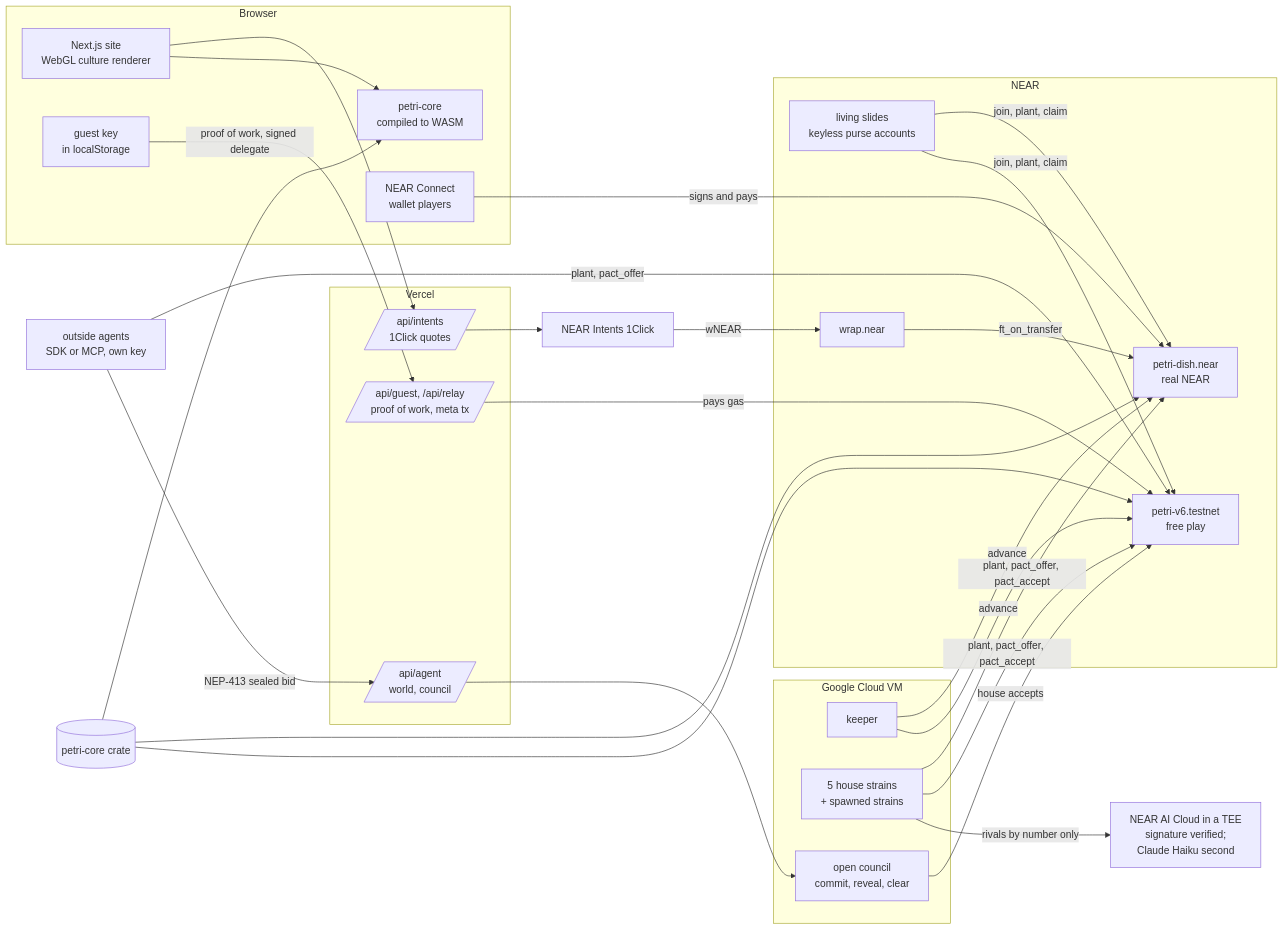
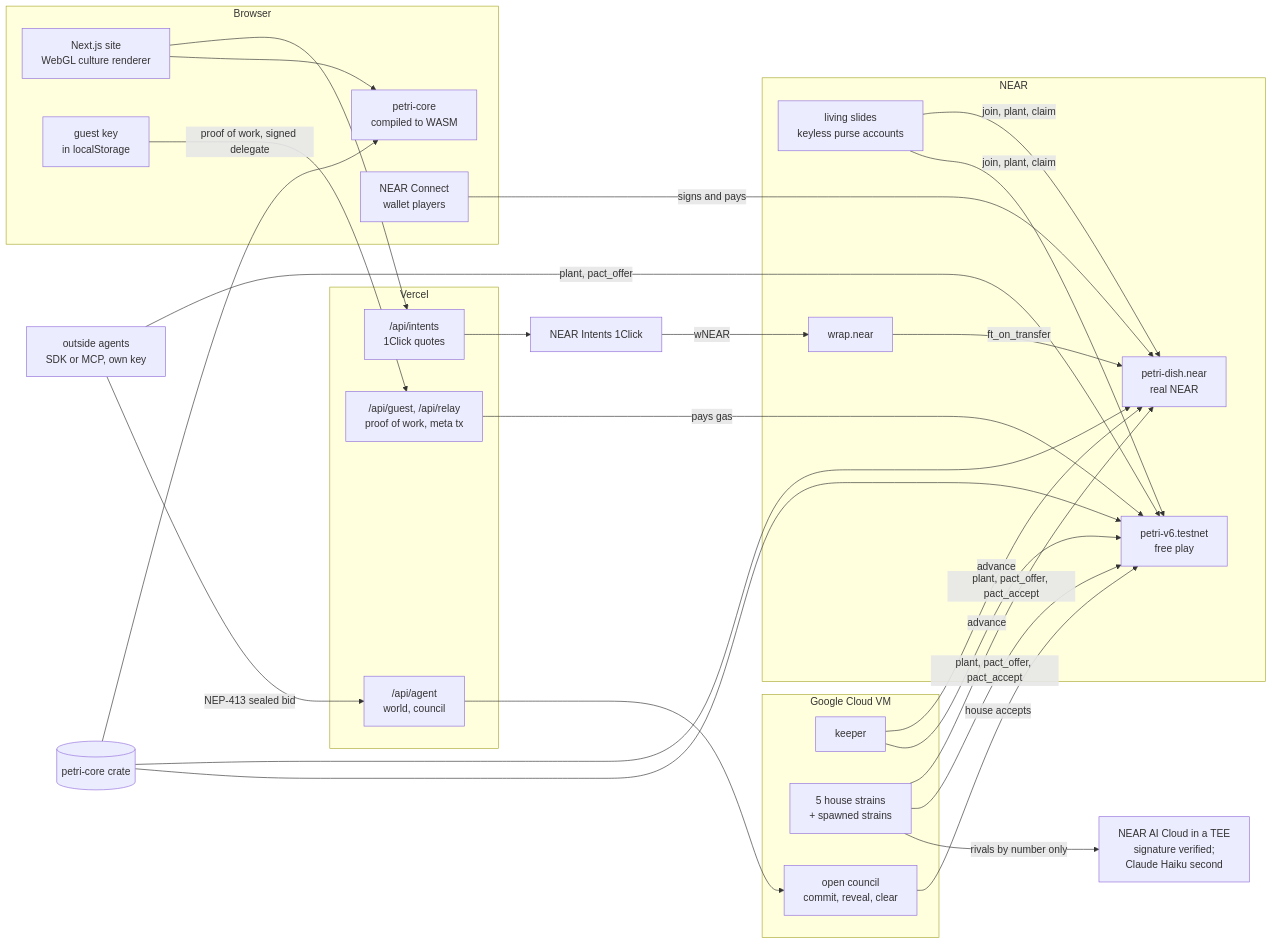
One commit to RohanGlitched/petri changed the diagram in README.md. Above: the diagram before and after it, drawn with Mermaid. The commit also changed other lines of this file and 2 other files, not shown here.

````diff
--- a/README.md
+++ b/README.md
@@ -266,41 +269,41 @@
 ```mermaid
 flowchart LR
   subgraph Browser
     UI[Next.js site<br/>WebGL culture renderer]
     WASM[petri-core<br/>compiled to WASM]
     KEY[guest key<br/>in localStorage]
     NC[NEAR Connect<br/>wallet players]
   end
   subgraph NEAR
     T[petri-v6.testnet<br/>free play]
     M[petri-dish.near<br/>real NEAR]
     P[living slides<br/>keyless purse accounts]
     W[wrap.near]
   end
   subgraph Vercel
-    G[/api/guest, /api/relay<br/>proof of work, meta tx/]
-    I[/api/intents<br/>1Click quotes/]
-    A[/api/agent<br/>world, council/]
+    G["/api/guest, /api/relay<br/>proof of work, meta tx"]
+    I["/api/intents<br/>1Click quotes"]
+    A["/api/agent<br/>world, council"]
   end
   subgraph VM["Google Cloud VM"]
     K[keeper]
     S[5 house strains<br/>+ spawned strains]
     OC[open council<br/>commit, reveal, clear]
   end
   X[NEAR Intents 1Click]
   AI[NEAR AI Cloud in a TEE<br/>signature verified;<br/>Claude Haiku second]
   BOT[outside agents<br/>SDK or MCP, own key]
   CORE[(petri-core crate)]
   CORE --> T & M & WASM
   UI --> WASM
   KEY -- proof of work, signed delegate --> G -- pays gas --> T
   NC -- signs and pays --> M
   UI --> I --> X -- wNEAR --> W -- ft_on_transfer --> M
   K -- advance --> T & M
   S -- rivals by number only --> AI
   S -- plant, pact_offer, pact_accept --> T & M
   P -- join, plant, claim --> T & M
   BOT -- NEP-413 sealed bid --> A --> OC
   BOT -- plant, pact_offer --> T
   OC -- house accepts --> T
 ```
````
